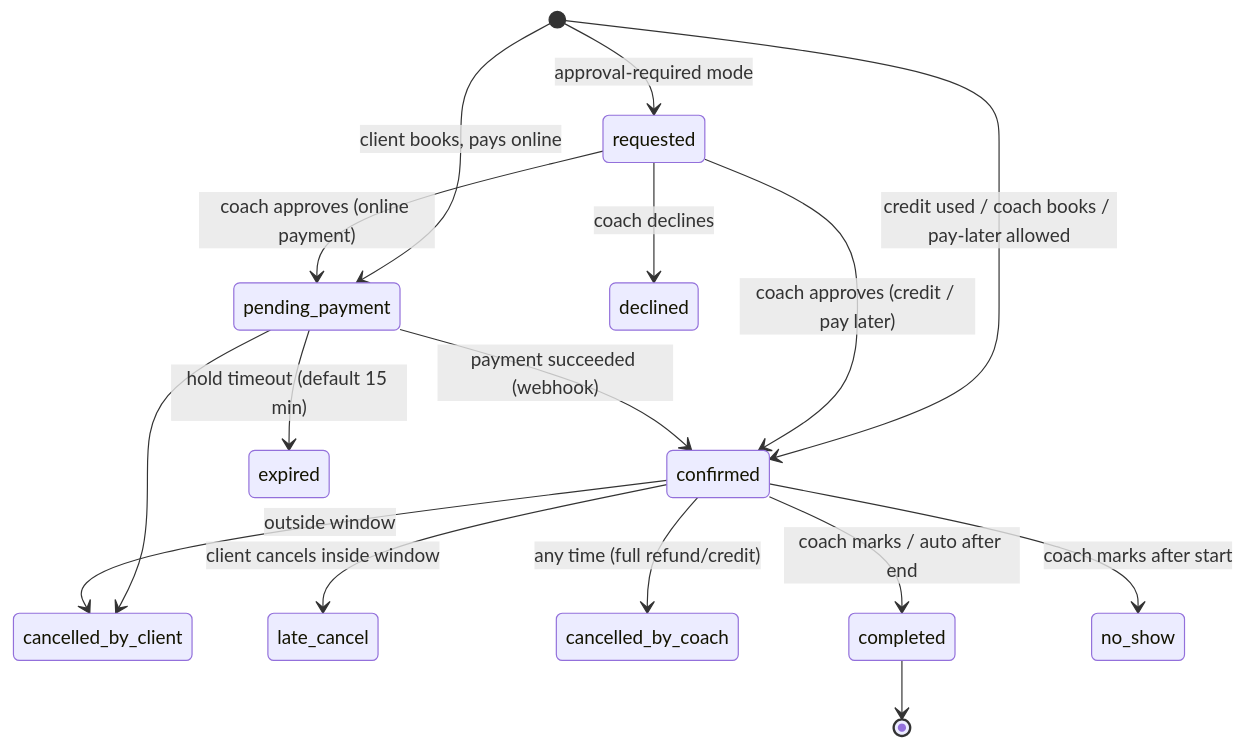
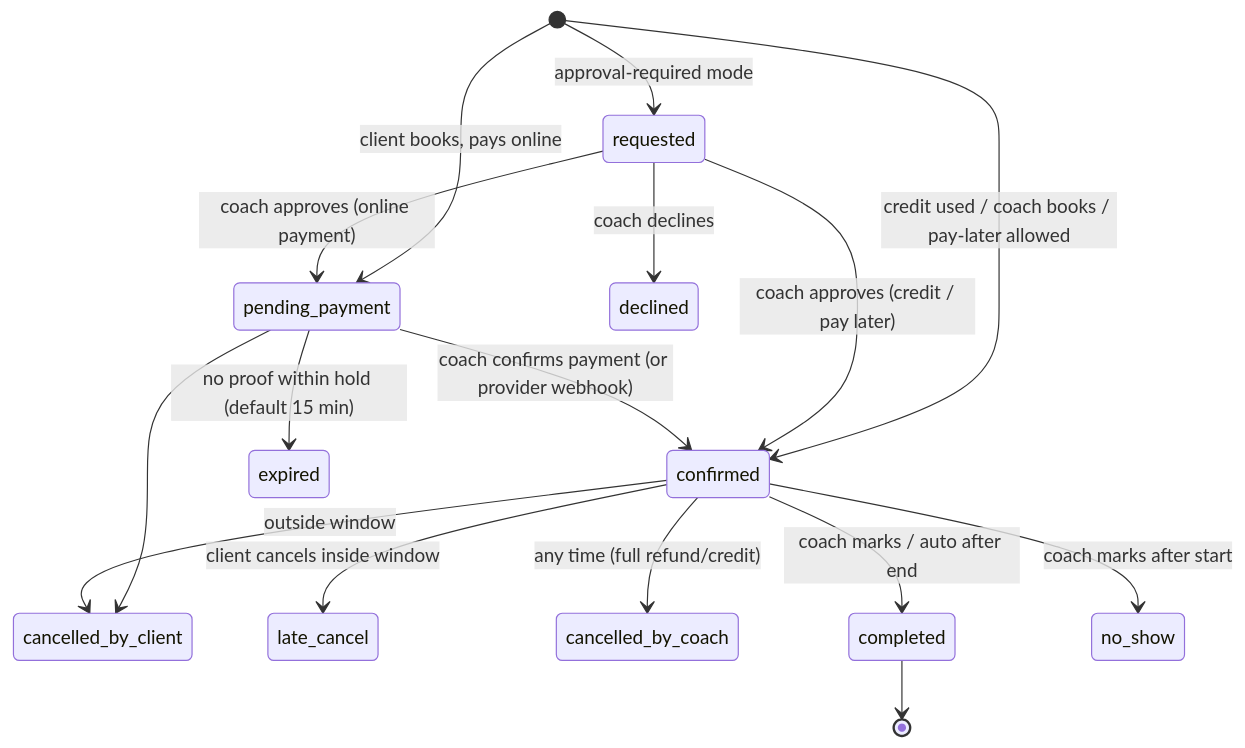
The second of 7 diagrams in docs/PLAN.md (harveyallenong/Coach-App), drawn with Mermaid before and after one commit. The commit also changed other lines of this file and 8 other files, not shown here.

````diff
--- a/docs/PLAN.md
+++ b/docs/PLAN.md
@@ -139,18 +148,18 @@
 ```mermaid
 stateDiagram-v2
   [*] --> requested: approval-required mode
   [*] --> pending_payment: client books, pays online
   [*] --> confirmed: credit used / coach books / pay-later allowed
   requested --> pending_payment: coach approves (online payment)
   requested --> confirmed: coach approves (credit / pay later)
   requested --> declined: coach declines
-  pending_payment --> confirmed: payment succeeded (webhook)
-  pending_payment --> expired: hold timeout (default 15 min)
+  pending_payment --> confirmed: coach confirms payment (or provider webhook)
+  pending_payment --> expired: no proof within hold (default 15 min)
   pending_payment --> cancelled_by_client
   confirmed --> cancelled_by_client: outside window
   confirmed --> late_cancel: client cancels inside window
   confirmed --> cancelled_by_coach: any time (full refund/credit)
   confirmed --> completed: coach marks / auto after end
   confirmed --> no_show: coach marks after start
   completed --> [*]
 ```
````
